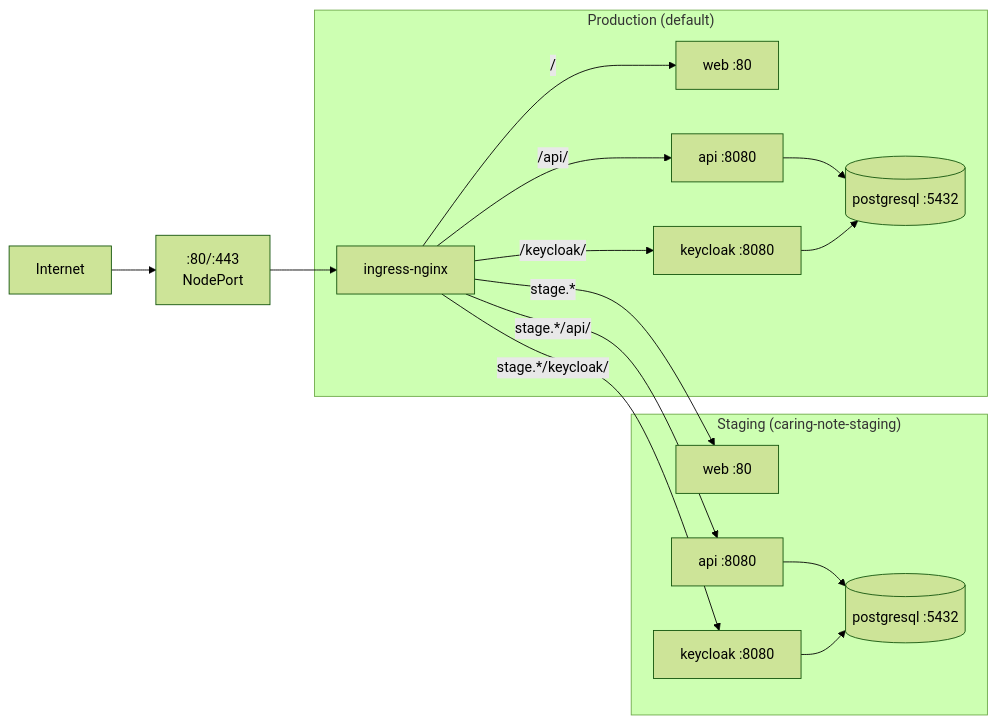
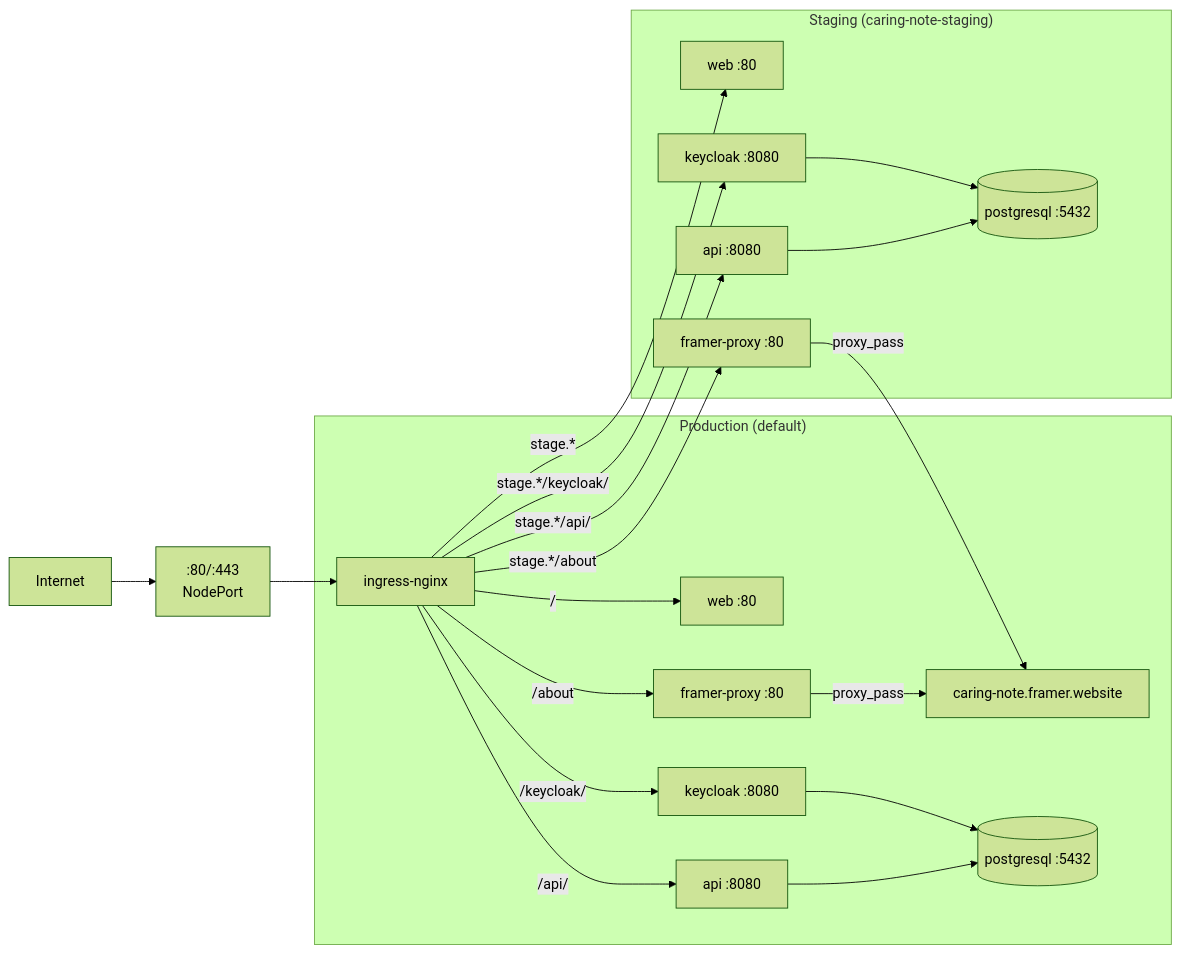
The second of 3 diagrams in README.md (tech-for-impact/caring-note-deployment), drawn with Mermaid (forest theme) before and after one commit. The commit also changed other lines of this file, not shown here.

Commit message:
docs: Reamde framer proxy 내용 추가

````diff
--- a/README.md
+++ b/README.md
@@ -46,21 +47,25 @@
 ```mermaid
 graph LR
     Internet["Internet"] --> NodePort[":80/:443<br/>NodePort"]
     NodePort --> NginxIngress["ingress-nginx"]
 
     subgraph "Production (default)"
         NginxIngress -->|"/"| WebProd["web :80"]
         NginxIngress -->|"/api/"| APIProd["api :8080"]
+        NginxIngress -->|"/about"| FramerProd["framer-proxy :80"]
         NginxIngress -->|"/keycloak/"| KCProd["keycloak :8080"]
+        FramerProd -->|"proxy_pass"| FramerSite["caring-note.framer.website"]
         APIProd --> DBProd[("postgresql :5432")]
         KCProd --> DBProd
     end
 
     subgraph "Staging (caring-note-staging)"
         NginxIngress -->|"stage.*"| WebStg["web :80"]
         NginxIngress -->|"stage.*/api/"| APIStg["api :8080"]
+        NginxIngress -->|"stage.*/about"| FramerStg["framer-proxy :80"]
         NginxIngress -->|"stage.*/keycloak/"| KCStg["keycloak :8080"]
+        FramerStg -->|"proxy_pass"| FramerSite
         APIStg --> DBStg[("postgresql :5432")]
         KCStg --> DBStg
     end
 ```
````
